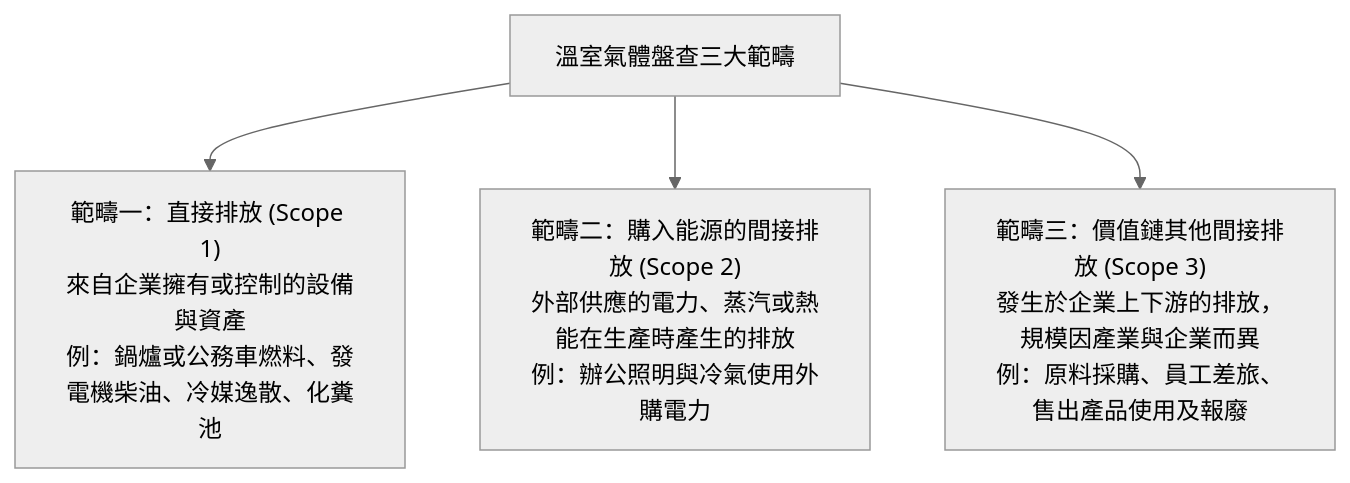
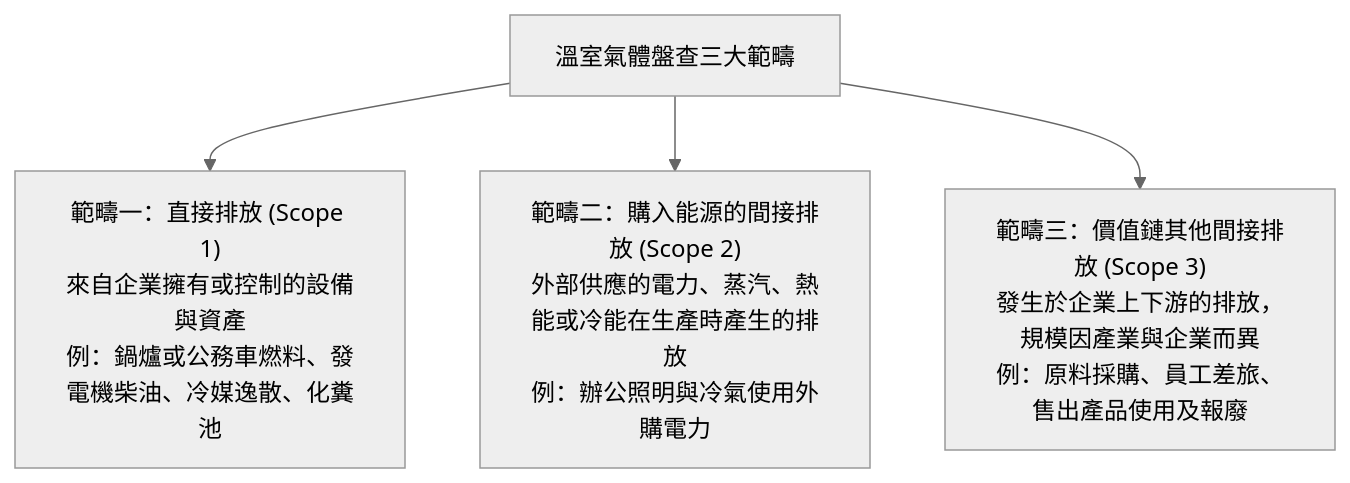
The second of 3 diagrams in 教材/永續發展_整合學習教材.md (ehackerevan/exam-study-platform), drawn with Mermaid (neutral theme) before and after one commit. The commit also changed other lines of this file and 29 other files, not shown here.

````diff
--- a/教材/永續發展_整合學習教材.md
+++ b/教材/永續發展_整合學習教材.md
@@ -189,7 +194,7 @@
 ```mermaid
 graph TD
     A[" 溫室氣體盤查三大範疇"]
     A --> B["範疇一：直接排放 (Scope 1)<br/>來自企業擁有或控制的設備與資產<br/>例：鍋爐或公務車燃料、發電機柴油、冷媒逸散、化糞池"]
-    A --> C["範疇二：購入能源的間接排放 (Scope 2)<br/>外部供應的電力、蒸汽或熱能在生產時產生的排放<br/>例：辦公照明與冷氣使用外購電力"]
+    A --> C["範疇二：購入能源的間接排放 (Scope 2)<br/>外部供應的電力、蒸汽、熱能或冷能在生產時產生的排放<br/>例：辦公照明與冷氣使用外購電力"]
     A --> D["範疇三：價值鏈其他間接排放 (Scope 3)<br/>發生於企業上下游的排放，規模因產業與企業而異<br/>例：原料採購、員工差旅、售出產品使用及報廢"]
 ```
````
